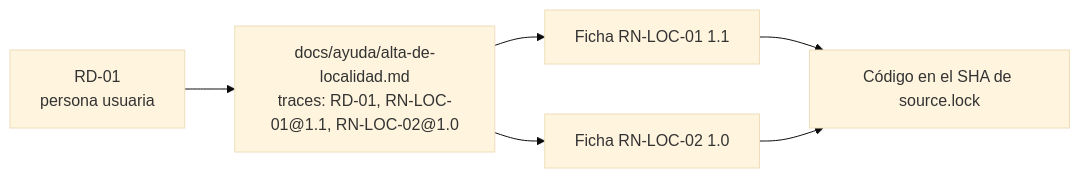
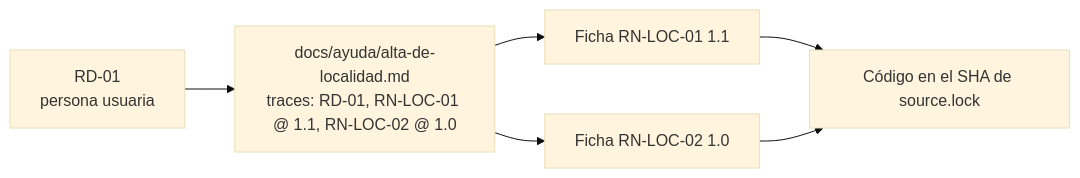
Before and after one commit to hdcm-dev/Lab-Documentos: the diagram in Guides/Documentacion-Tecnica/Sistema-De-Documentacion-E-Integracion/Examples/MovilidadUrbana-Mini-Demo/docs/_requisitos.md, drawn with Mermaid (base theme). The commit also changed 9 other files, not shown here.

First line of the commit message:
DocsAsCode 0003, PR común: control mermaid-arroba, prefijo PE y delegación del merge

````diff
--- a/Guides/Documentacion-Tecnica/Sistema-De-Documentacion-E-Integracion/Examples/MovilidadUrbana-Mini-Demo/docs/_requisitos.md
+++ b/Guides/Documentacion-Tecnica/Sistema-De-Documentacion-E-Integracion/Examples/MovilidadUrbana-Mini-Demo/docs/_requisitos.md
@@ -56,6 +56,6 @@
 ```mermaid
 flowchart LR
-  RD["RD-01<br/>persona usuaria"] --> P["docs/ayuda/alta-de-localidad.md<br/>traces: RD-01, RN-LOC-01@1.1, RN-LOC-02@1.0"]
+  RD["RD-01<br/>persona usuaria"] --> P["docs/ayuda/alta-de-localidad.md<br/>traces: RD-01, RN-LOC-01 @ 1.1, RN-LOC-02 @ 1.0"]
   P --> F1["Ficha RN-LOC-01 1.1"] --> C["Código en el SHA de source.lock"]
   P --> F2["Ficha RN-LOC-02 1.0"] --> C
 ```
````
